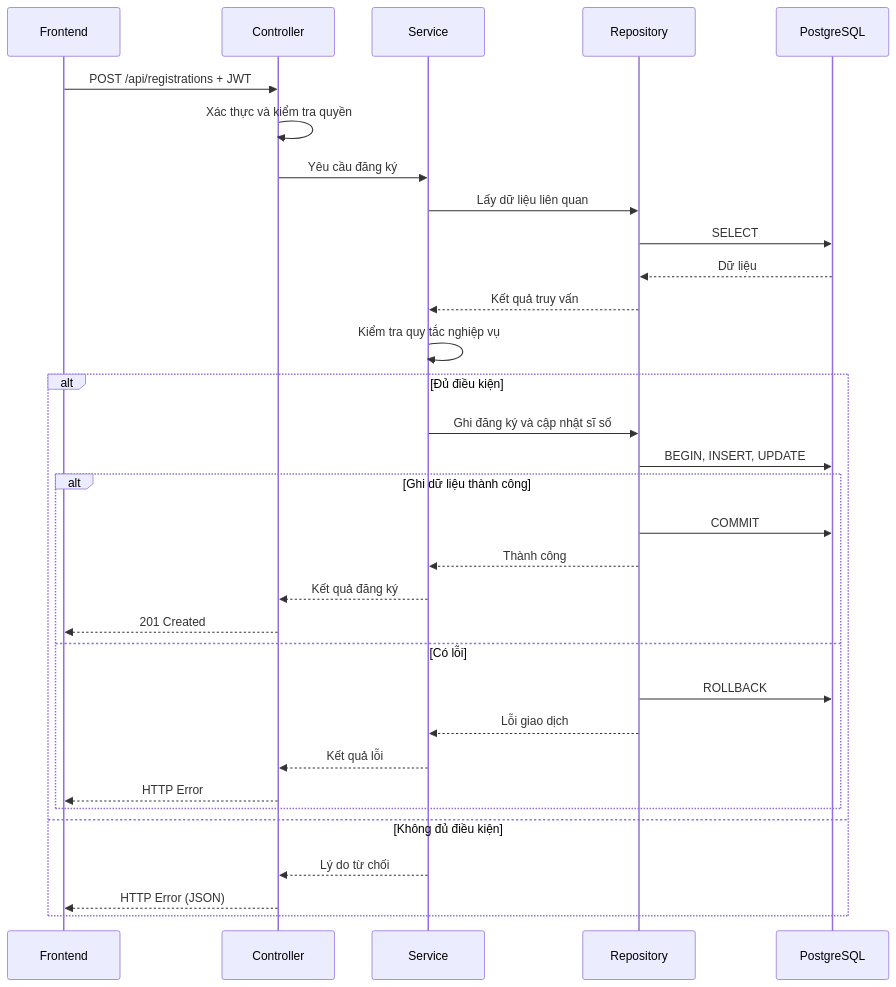
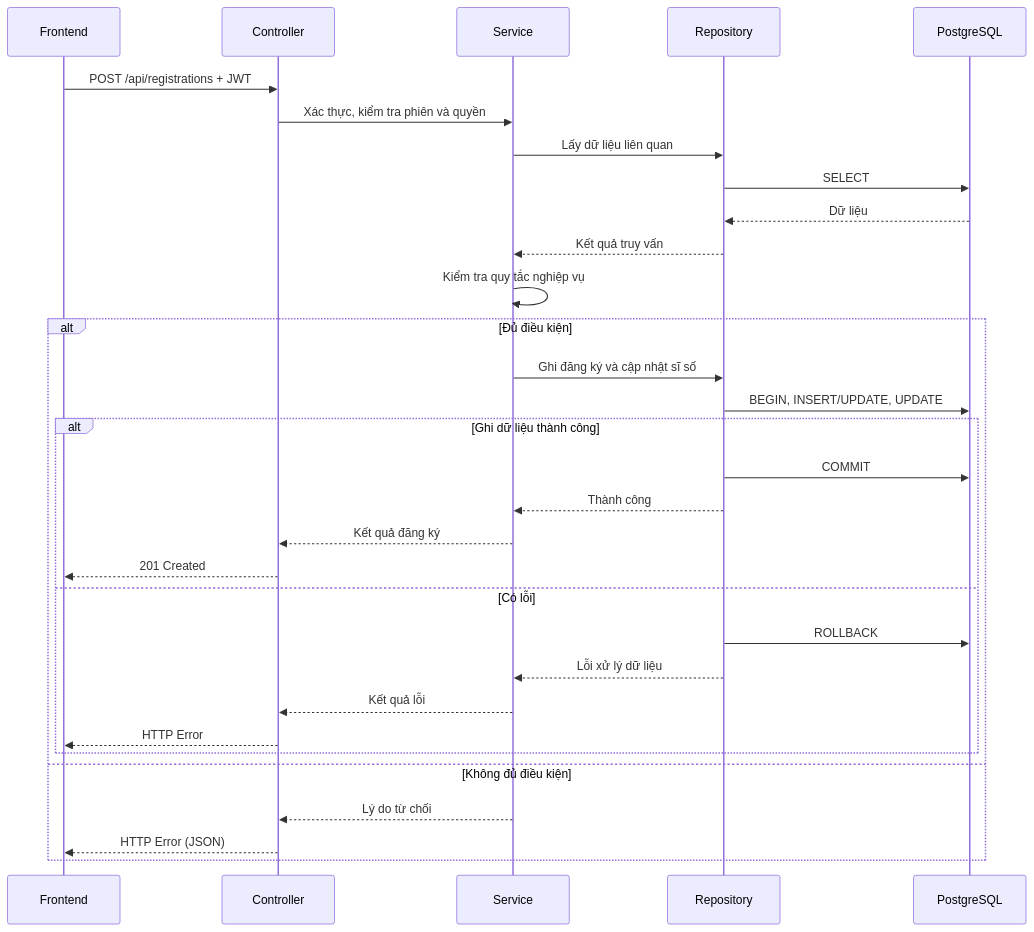
Before and after one commit to Akapi895/course-registration: the second of 2 diagrams in ARCHITECTURE.md, drawn with Mermaid. The commit also changed other lines of this file, not shown here.

````diff
--- a/ARCHITECTURE.md
+++ b/ARCHITECTURE.md
@@ -89,38 +115,37 @@
 ```mermaid
 sequenceDiagram
     participant FE as Frontend
     participant C as Controller
     participant S as Service
     participant R as Repository
     participant DB as PostgreSQL
 
     FE->>C: POST /api/registrations + JWT
-    C->>C: Xác thực và kiểm tra quyền
-    C->>S: Yêu cầu đăng ký
+    C->>S: Xác thực, kiểm tra phiên và quyền
     S->>R: Lấy dữ liệu liên quan
     R->>DB: SELECT
     DB-->>R: Dữ liệu
     R-->>S: Kết quả truy vấn
 
     S->>S: Kiểm tra quy tắc nghiệp vụ
 
     alt Đủ điều kiện
         S->>R: Ghi đăng ký và cập nhật sĩ số
-        R->>DB: BEGIN, INSERT, UPDATE
+        R->>DB: BEGIN, INSERT/UPDATE, UPDATE
 
         alt Ghi dữ liệu thành công
             R->>DB: COMMIT
             R-->>S: Thành công
             S-->>C: Kết quả đăng ký
             C-->>FE: 201 Created
         else Có lỗi
             R->>DB: ROLLBACK
-            R-->>S: Lỗi giao dịch
+            R-->>S: Lỗi xử lý dữ liệu
             S-->>C: Kết quả lỗi
             C-->>FE: HTTP Error
         end
     else Không đủ điều kiện
         S-->>C: Lý do từ chối
         C-->>FE: HTTP Error (JSON)
     end
 ```
````
